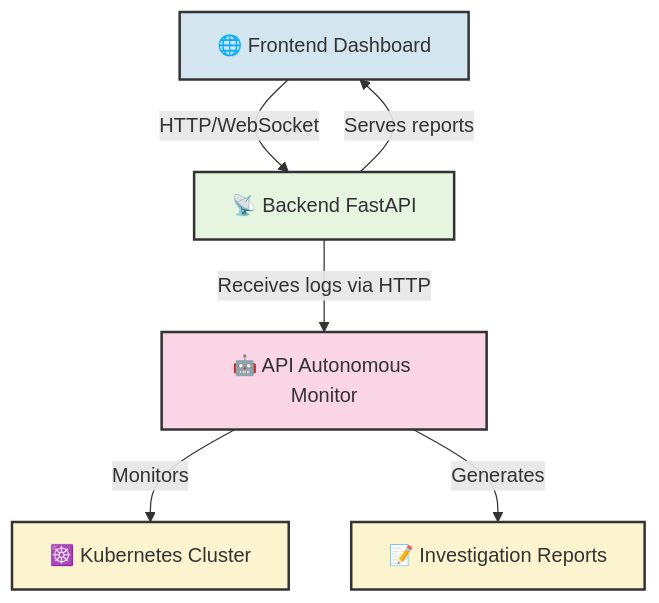
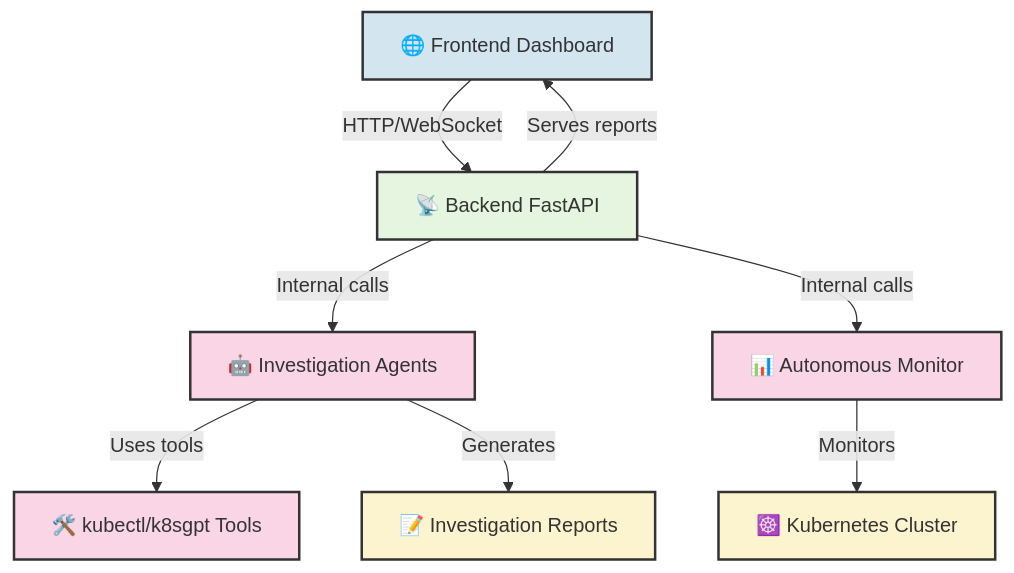
The fourth of 5 diagrams in README.md (Unobtainiumrock/kubernetes-agentic-swam-yc-hackathon), drawn with Mermaid before and after one commit. The commit also changed other lines of this file and 36 other files, not shown here.

First line of the commit message:
refactor: consolidate api/ directory into unified backend architecture

````diff
--- a/README.md
+++ b/README.md
@@ -201,18 +223,20 @@
 ```mermaid
 flowchart TD
     A[🌐 Frontend Dashboard] -->|HTTP/WebSocket| B[📡 Backend FastAPI]
-    B -->|Receives logs via HTTP| C[🤖 API Autonomous Monitor]
-    C -->|Monitors| D[☸️ Kubernetes Cluster]
-    C -->|Generates| E[📝 Investigation Reports]
+    B -->|Internal calls| C[🤖 Investigation Agents]
+    B -->|Internal calls| D[📊 Autonomous Monitor]
+    C -->|Uses tools| E[🛠️ kubectl/k8sgpt Tools]
+    D -->|Monitors| F[☸️ Kubernetes Cluster]
+    C -->|Generates| G[📝 Investigation Reports]
     B -->|Serves reports| A
     
     classDef frontend fill:#d3e5ef,stroke:#333,stroke-width:2px
     classDef backend fill:#e5f5e0,stroke:#333,stroke-width:2px
     classDef agents fill:#f9d5e5,stroke:#333,stroke-width:2px
     classDef k8s fill:#fcf3cf,stroke:#333,stroke-width:2px
     
     class A frontend
     class B backend
-    class C agents
-    class D,E k8s
+    class C,D,E agents
+    class F,G k8s
 ```
````
